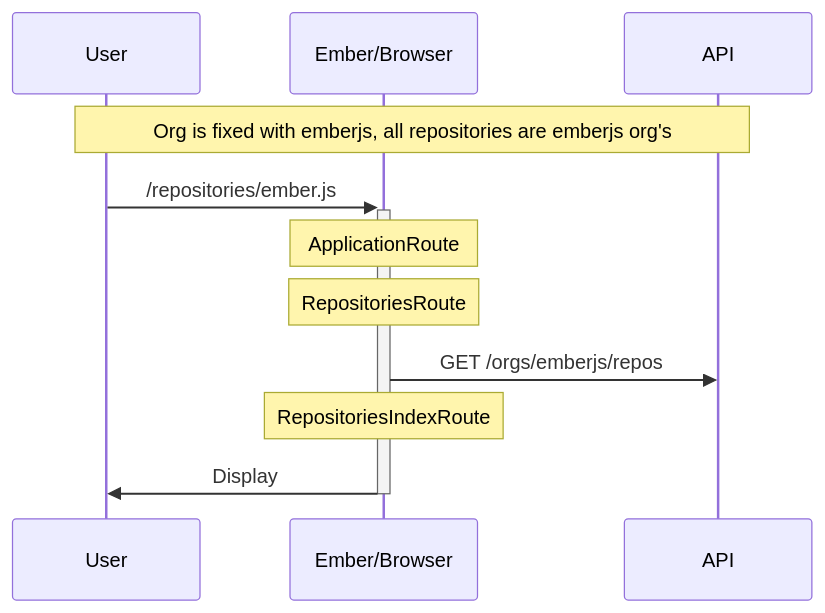
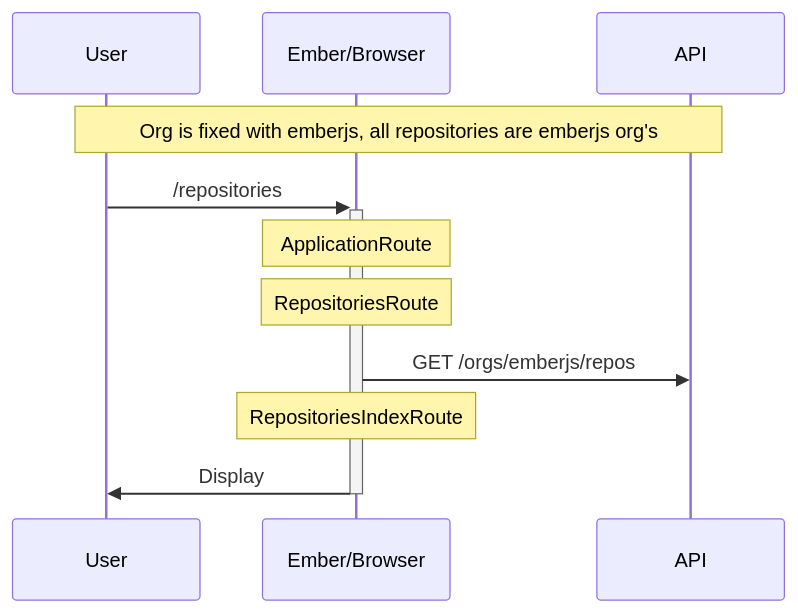
The diagram in mmd/repositories.mmd (pwim/ember-tokyo-reborn), drawn with Mermaid before and after one commit. The commit also changed 4 other files, not shown here.

```diff
--- a/mmd/repositories.mmd
+++ b/mmd/repositories.mmd
@@ -1,11 +1,11 @@
 sequenceDiagram
   participant User
   participant Ember/Browser
   participant API
 Note over User, API: Org is fixed with emberjs, all repositories are emberjs org's
-User->>+Ember/Browser: /repositories/ember.js
+User->>+Ember/Browser: /repositories
 Note over Ember/Browser: ApplicationRoute
 Note over Ember/Browser: RepositoriesRoute
 Ember/Browser->>API: GET /orgs/emberjs/repos
 Note over Ember/Browser: RepositoriesIndexRoute
 Ember/Browser->>-User: Display
```
